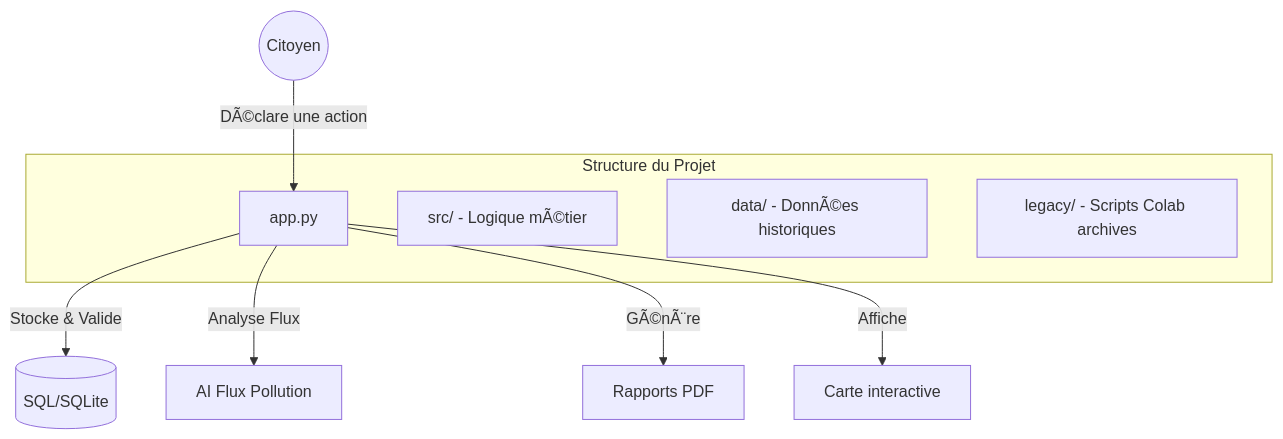
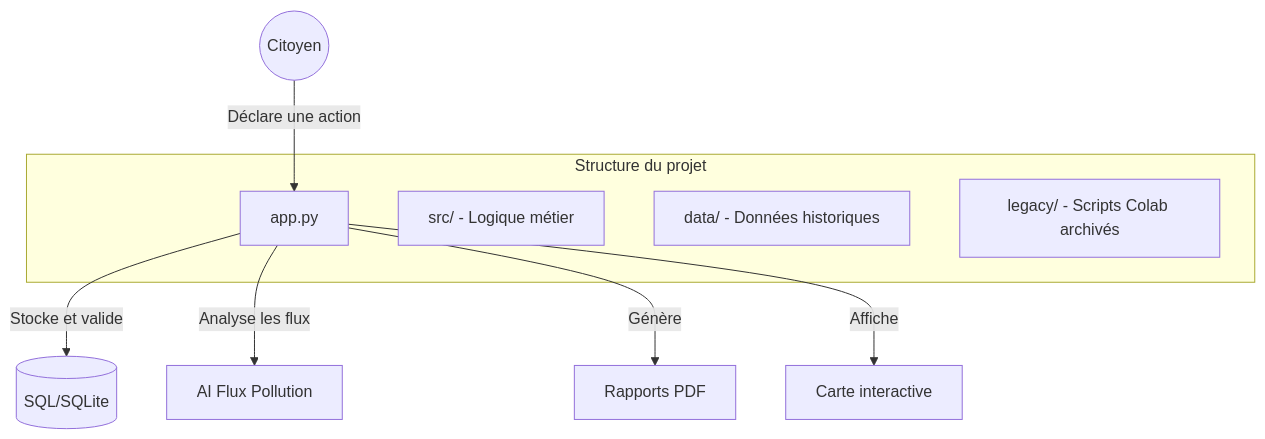
The diagram in README.md (maxd4/CleanmyMap), drawn with Mermaid before and after one commit. The commit also changed other lines of this file and 36 other files, not shown here.

````diff
--- a/README.md
+++ b/README.md
@@ -26,15 +28,15 @@
 ```mermaid
 graph TD
-    User((Citoyen)) -->|DÃ©clare une action| App[app.py]
-    App -->|Stocke & Valide| DB[(SQL/SQLite)]
-    App -->|Analyse Flux| AI[AI Flux Pollution]
-    App -->|GÃ©nÃ¨re| PDF[Rapports PDF]
+    User((Citoyen)) -->|Déclare une action| App[app.py]
+    App -->|Stocke et valide| DB[(SQL/SQLite)]
+    App -->|Analyse les flux| AI[AI Flux Pollution]
+    App -->|Génère| PDF[Rapports PDF]
     App -->|Affiche| Map[Carte interactive]
-    
-    subgraph "Structure du Projet"
+
+    subgraph "Structure du projet"
         App
-        src[src/ - Logique mÃ©tier]
-        data[data/ - DonnÃ©es historiques]
-        legacy[legacy/ - Scripts Colab archives]
+        src[src/ - Logique métier]
+        data[data/ - Données historiques]
+        legacy[legacy/ - Scripts Colab archivés]
     end
 ```
````
